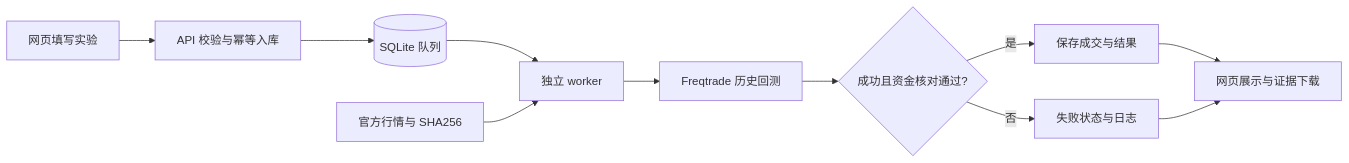
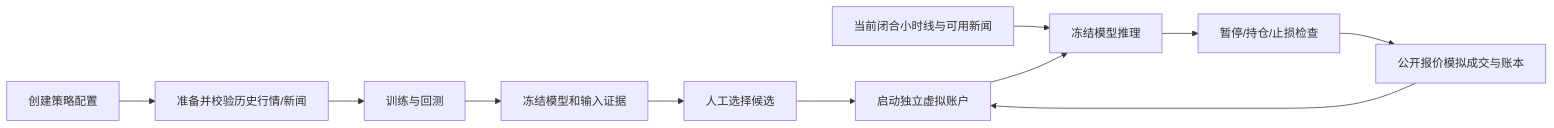
The diagram in README.md (CNnx686/QuantPilot), drawn with Mermaid before and after one commit. The commit also changed other lines of this file and 2 other files, not shown here.

````diff
--- a/README.md
+++ b/README.md
@@ -97,13 +29,13 @@
 ```mermaid
 flowchart LR
-    A[网页填写实验] --> B[API 校验与幂等入库]
-    B --> C[(SQLite 队列)]
-    C --> D[独立 worker]
-    E[官方行情与 SHA256] --> D
-    D --> F[Freqtrade 历史回测]
-    F --> G{成功且资金核对通过?}
-    G -->|是| H[保存成交与结果]
-    G -->|否| I[失败状态与日志]
-    H --> J[网页展示与证据下载]
-    I --> J
+    A[创建策略配置] --> B[准备并校验历史行情/新闻]
+    B --> C[训练与回测]
+    C --> D[冻结模型和输入证据]
+    D --> E[人工选择候选]
+    E --> F[启动独立虚拟账户]
+    G[当前闭合小时线与可用新闻] --> H[冻结模型推理]
+    F --> H
+    H --> I[暂停/持仓/止损检查]
+    I --> J[公开报价模拟成交与账本]
+    J --> F
 ```
````
